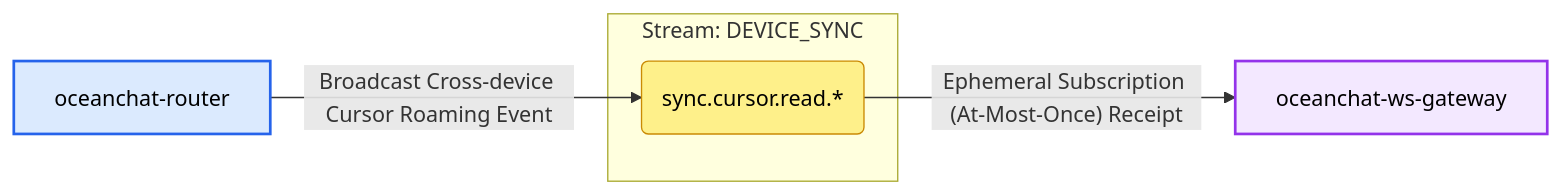
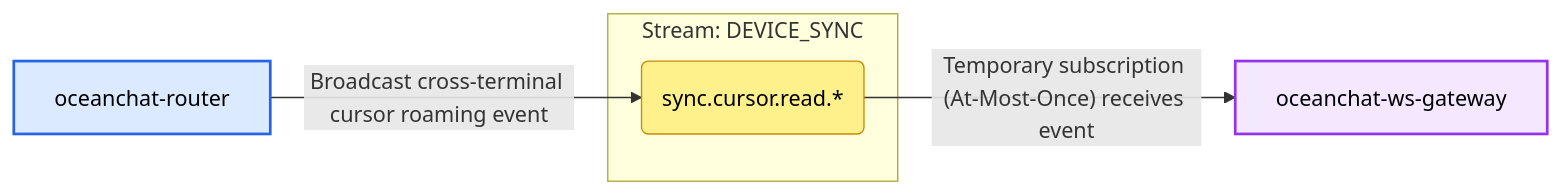
One commit to JamesWilson19970101/ocean.chat.docs changed diagram 13 of 13 in docs/devdocs/jetstream-strategy.md. Above: the diagram before and after it, drawn with Mermaid. The commit also changed other lines of this file and 1 other file, not shown here.

````diff
--- a/docs/devdocs/jetstream-strategy.md
+++ b/docs/devdocs/jetstream-strategy.md
@@ -530,16 +607,16 @@
 ```mermaid
 flowchart LR
   classDef gateway fill:#f3e8ff,stroke:#9333ea,stroke-width:2px,color:#000;
   classDef service fill:#dbeafe,stroke:#2563eb,stroke-width:2px,color:#000;
   classDef subject fill:#fef08a,stroke:#ca8a04,stroke-width:1px,color:#000;
 
   P[oceanchat-router]:::service
   C[oceanchat-ws-gateway]:::gateway
 
   subgraph Stream: DEVICE_SYNC
     SUB(sync.cursor.read.*):::subject
   end
 
-  P -- Broadcast Cross-device Cursor Roaming Event --> SUB
-  SUB -- Ephemeral Subscription (At-Most-Once) Receipt --> C
+  P -- Broadcast cross-terminal cursor roaming event --> SUB
+  SUB -- Temporary subscription (At-Most-Once) receives event --> C
 ```
````
